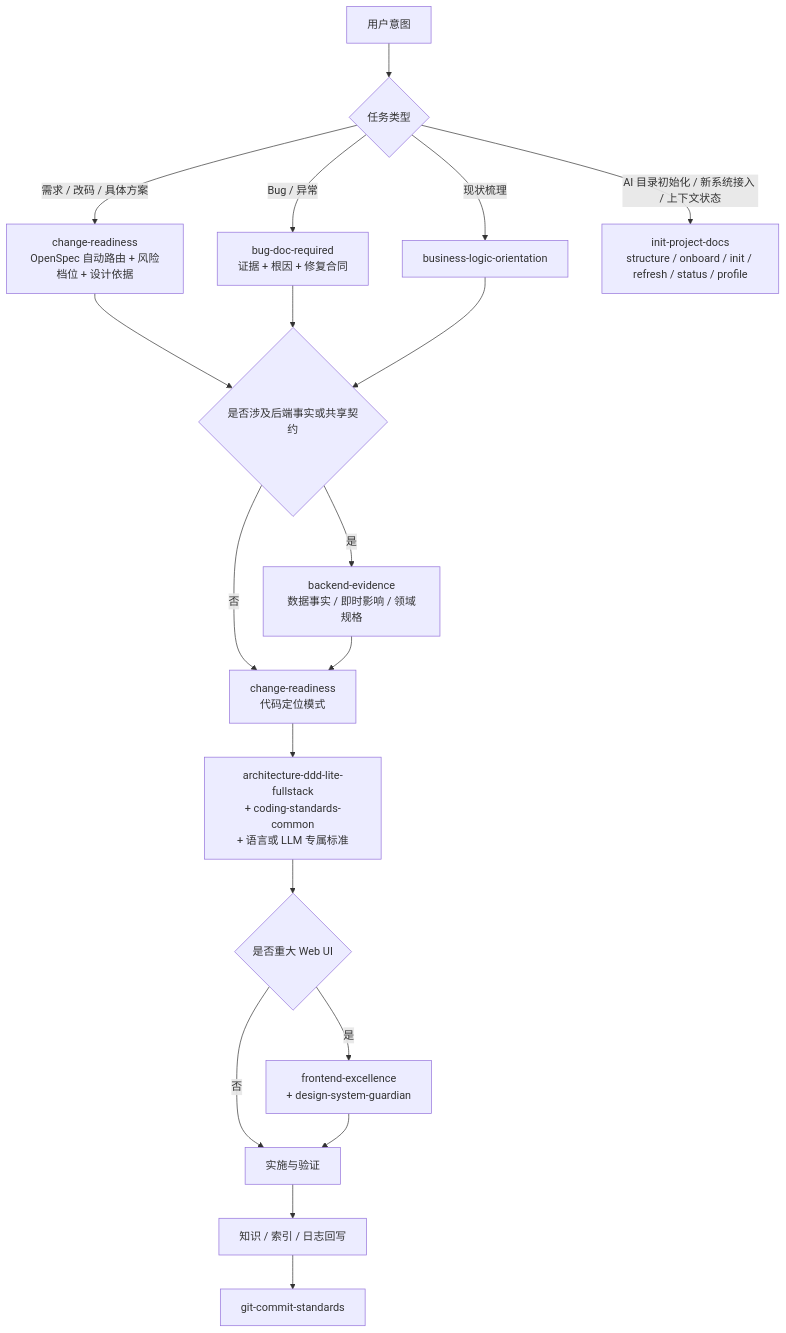
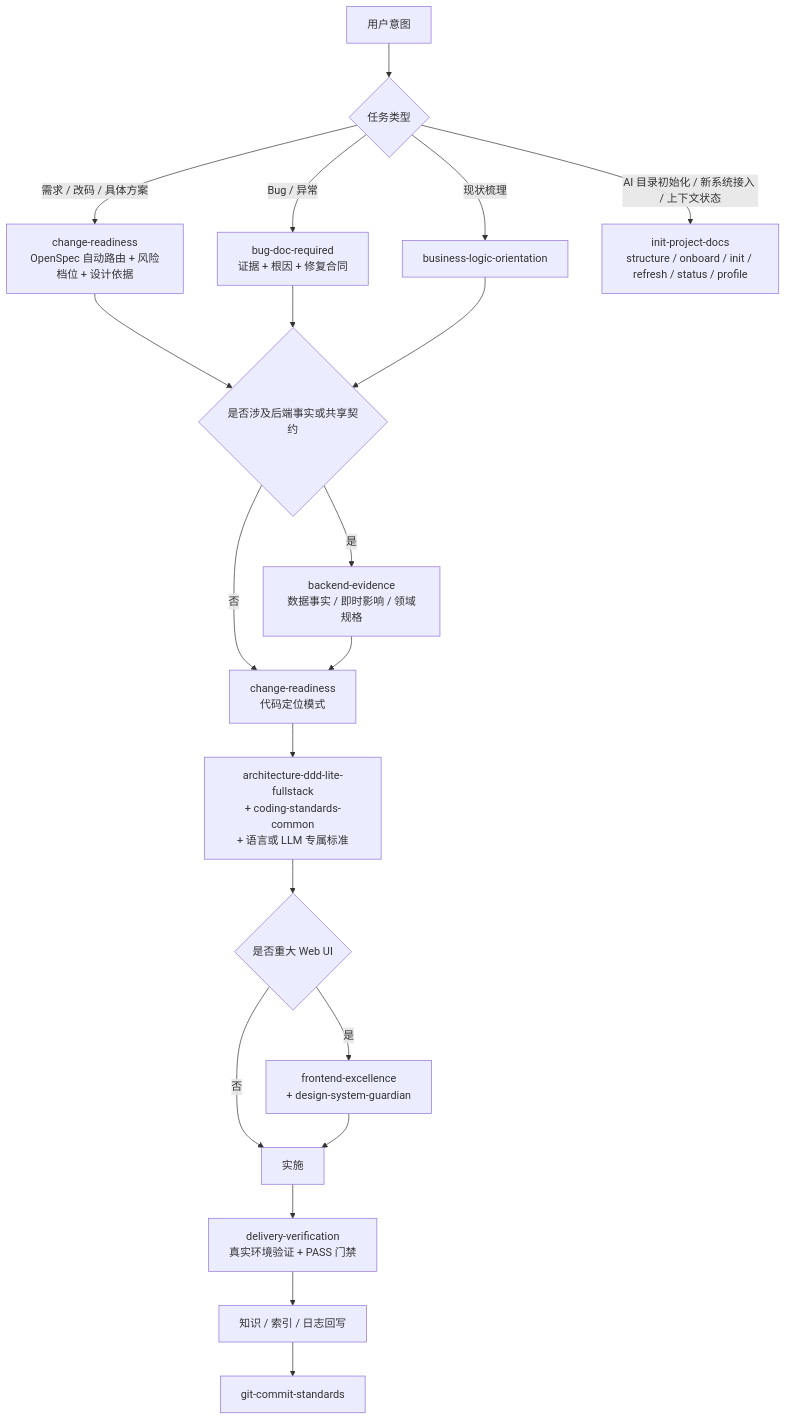
One commit to exception-coder/team-standards changed the diagram in AGENTS.md. Above: the diagram before and after it, drawn with Mermaid. The commit also changed other lines of this file and 13 other files, not shown here.

````diff
--- a/AGENTS.md
+++ b/AGENTS.md
@@ -12,21 +12,22 @@
 ```mermaid
 flowchart TD
     A["用户意图"] --> B{"任务类型"}
     B -->|"需求 / 改码 / 具体方案"| C["change-readiness\nOpenSpec 自动路由 + 风险档位 + 设计依据"]
     B -->|"Bug / 异常"| D["bug-doc-required\n证据 + 根因 + 修复合同"]
     B -->|"现状梳理"| E["business-logic-orientation"]
     B -->|"AI 目录初始化 / 新系统接入 / 上下文状态"| F["init-project-docs\nstructure / onboard / init / refresh / status / profile"]
     C --> G{"是否涉及后端事实或共享契约"}
     D --> G
     E --> G
     G -->|"是"| H["backend-evidence\n数据事实 / 即时影响 / 领域规格"]
     G -->|"否"| I["change-readiness\n代码定位模式"]
     H --> I
     I --> J["architecture-ddd-lite-fullstack\n+ coding-standards-common\n+ 语言或 LLM 专属标准"]
     J --> K{"是否重大 Web UI"}
     K -->|"是"| L["frontend-excellence\n+ design-system-guardian"]
-    K -->|"否"| M["实施与验证"]
+    K -->|"否"| M["实施"]
     L --> M
-    M --> N["知识 / 索引 / 日志回写"]
+    M --> V["delivery-verification\n真实环境验证 + PASS 门禁"]
+    V --> N["知识 / 索引 / 日志回写"]
     N --> O["git-commit-standards"]
 ```
````
